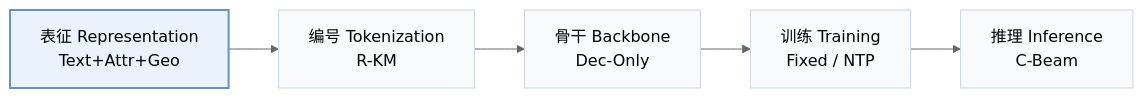
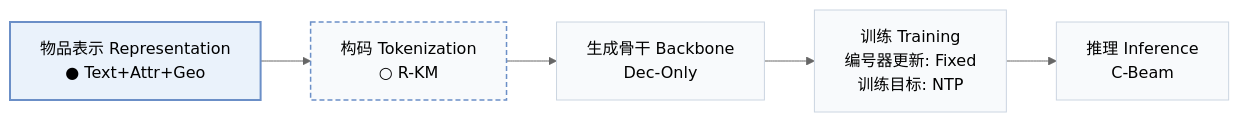
Before and after one commit to Galaxy-ghost/Awesome-SID-Generative-Rec: the first of 2 diagrams in pages/zh/papers/hf-sid.md, drawn with Mermaid (neutral theme). The commit also changed other lines of this file and 558 other files, not shown here.

````diff
--- a/pages/zh/papers/hf-sid.md
+++ b/pages/zh/papers/hf-sid.md
@@ -15,8 +18,10 @@
 ```mermaid
 flowchart LR
-    R["表征 Representation<br/>Text+Attr+Geo"] --> T["编号 Tokenization<br/>R-KM"] --> B["骨干 Backbone<br/>Dec-Only"] --> TR["训练 Training<br/>Fixed / NTP"] --> I["推理 Inference<br/>C-Beam"]
+    R["物品表示 Representation<br/>● Text+Attr+Geo"] --> T["构码 Tokenization<br/>○ R-KM"] --> B["生成骨干 Backbone<br/>Dec-Only"] --> TR["训练 Training<br/>编号器更新: Fixed<br/>训练目标: NTP"] --> I["推理 Inference<br/>C-Beam"]
     classDef base fill:#f8fafc,stroke:#cbd5e1
     class R,T,B,TR,I base
+    classDef other fill:#f8fafc,stroke:#6b8fc7,stroke-width:1.5px,stroke-dasharray:5 3
+    class T other
     classDef main fill:#eaf2fb,stroke:#6b8fc7,stroke-width:2px
     class R main
 ```
````
